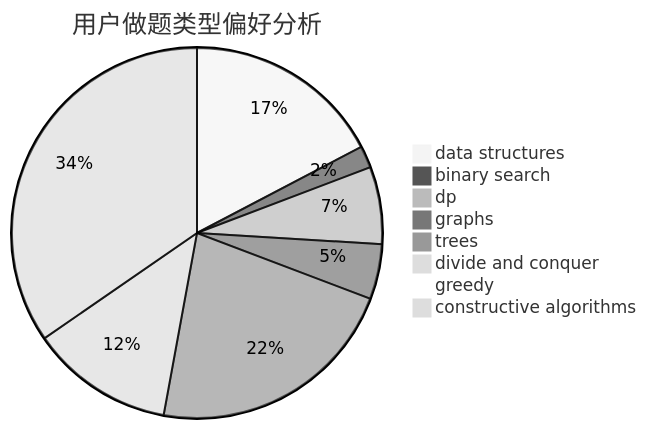
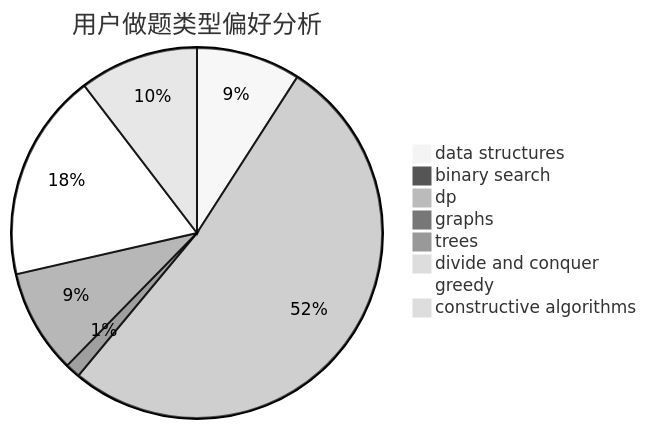
The second of 3 diagrams in docs/user/u2444.md (sherpahu/cfrs.github.io), drawn with Mermaid (neutral theme) before and after one commit. The commit also changed other lines of this file and 2770 other files, not shown here.

````diff
--- a/docs/user/u2444.md
+++ b/docs/user/u2444.md
@@ -23,11 +23,11 @@
 ```mermaid
 pie title 用户做题类型偏好分析
-    "data structures" :  18
-    "binary search" :  2
-    "dp" :  7
-    "graphs" :  5
-    "trees" :  23
-    "divide and conquer" :  13
-    "greedy" :  1
-    "constructive algorithms" :  36
+    "data structures" :  7
+    "binary search" :  0
+    "dp" :  40
+    "graphs" :  1
+    "trees" :  7
+    "divide and conquer" :  0
+    "greedy" :  14
+    "constructive algorithms" :  8
 ```
````
